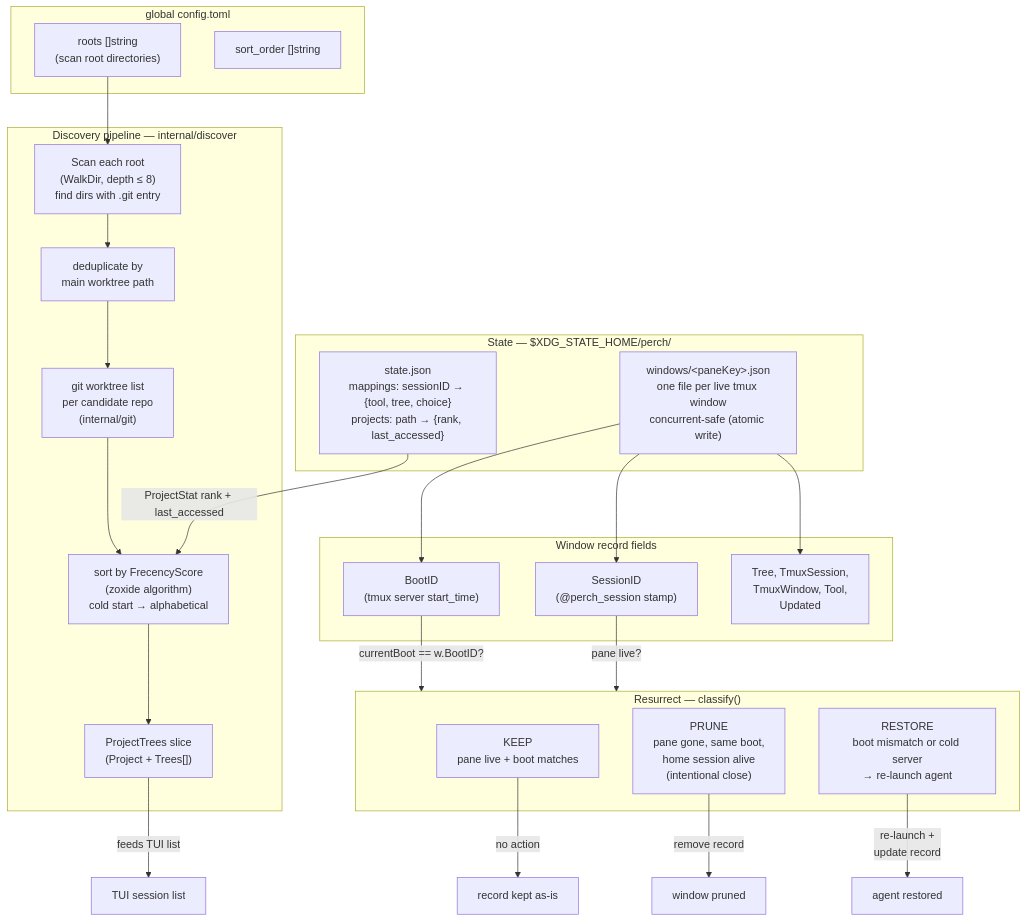
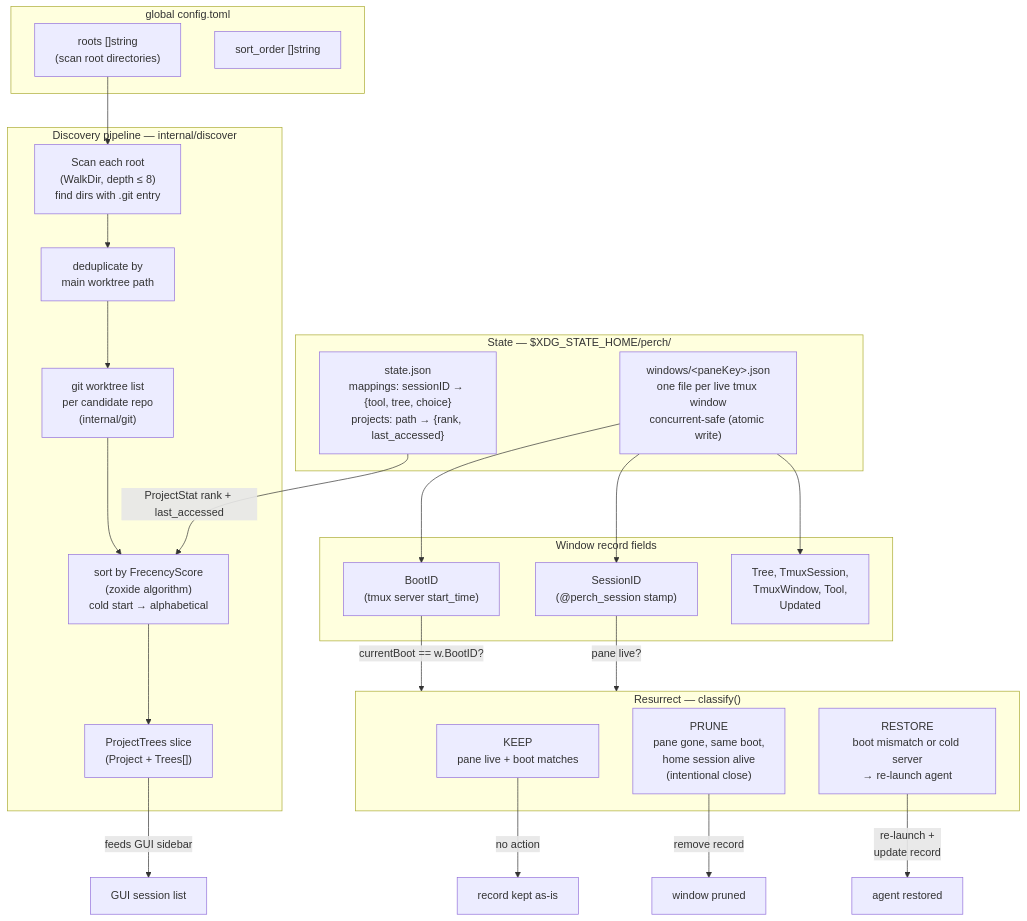
The diagram in docs/diagrams/discovery-state.mmd (miniature-pug/perch), drawn with Mermaid before and after one commit. The commit also changed 8 other files, not shown here.

First line of the commit message:
docs: reflect Wails GUI pivot; update architecture diagram; drop frame-swap; refresh CHANGELOG

```diff
--- a/docs/diagrams/discovery-state.mmd
+++ b/docs/diagrams/discovery-state.mmd
@@ -1,49 +1,49 @@
 flowchart TD
     subgraph Config["global config.toml"]
         roots["roots []string\n(scan root directories)"]
         sort_order["sort_order []string"]
     end
 
     subgraph DiscoveryPipeline["Discovery pipeline — internal/discover"]
         scan["Scan each root\n(WalkDir, depth ≤ 8)\nfind dirs with .git entry"]
         dedup["deduplicate by\nmain worktree path"]
         worktrees["git worktree list\nper candidate repo\n(internal/git)"]
         frecency_sort["sort by FrecencyScore\n(zoxide algorithm)\ncold start → alphabetical"]
         candidates["ProjectTrees slice\n(Project + Trees[])"]
     end
 
     subgraph StateStores["State — $XDG_STATE_HOME/perch/"]
         statejson["state.json\nmappings: sessionID → {tool, tree, choice}\nprojects: path → {rank, last_accessed}"]
         windowsdir["windows/&lt;paneKey&gt;.json\none file per live tmux window\nconcurrent-safe (atomic write)"]
     end
 
     subgraph WindowRecord["Window record fields"]
         bootid["BootID\n(tmux server start_time)"]
         sessid["SessionID\n(@perch_session stamp)"]
         treetool["Tree, TmuxSession,\nTmuxWindow, Tool,\nUpdated"]
     end
 
     subgraph Resurrect["Resurrect — classify()"]
         keep["KEEP\npane live + boot matches"]
         prune["PRUNE\npane gone, same boot,\nhome session alive\n(intentional close)"]
         restore["RESTORE\nboot mismatch or cold server\n→ re-launch agent"]
     end
 
     roots --> scan
     scan --> dedup
     dedup --> worktrees
     worktrees --> frecency_sort
     statejson -->|"ProjectStat rank + last_accessed"| frecency_sort
     frecency_sort --> candidates
-    candidates -->|"feeds TUI list"| tui_list["TUI session list"]
+    candidates -->|"feeds GUI sidebar"| tui_list["GUI session list"]
 
     windowsdir --> bootid
     windowsdir --> sessid
     windowsdir --> treetool
 
     bootid -->|"currentBoot == w.BootID?"| Resurrect
     sessid -->|"pane live?"| Resurrect
 
     keep -->|"no action"| done_k["record kept as-is"]
     prune -->|"remove record"| done_p["window pruned"]
     restore -->|"re-launch +\nupdate record"| done_r["agent restored"]
```
